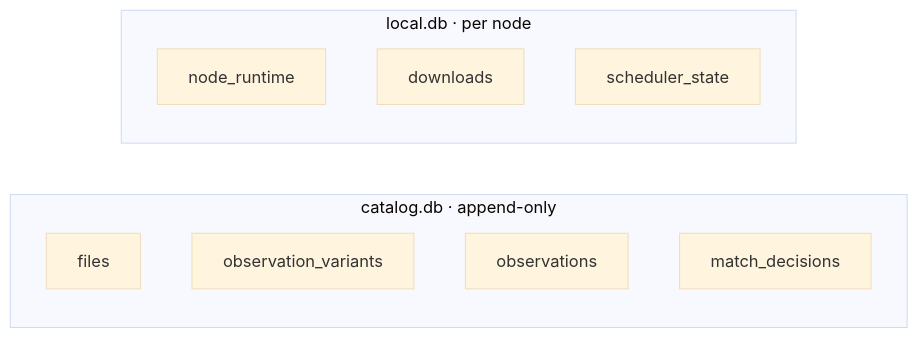
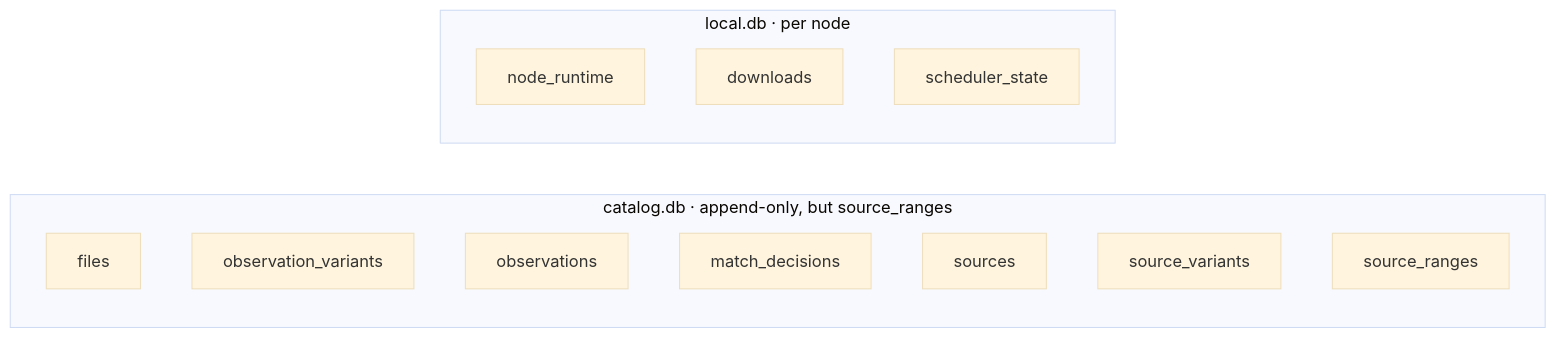
One commit to mission-titar/p2pwatch changed the ninth of 12 diagrams in docs/contributing/architecture.md. Above: the diagram before and after it, drawn with Mermaid (base theme). The commit also changed other lines of this file and 8 other files, not shown here.

````diff
--- a/docs/contributing/architecture.md
+++ b/docs/contributing/architecture.md
@@ -373,14 +374,17 @@
 ```mermaid
 flowchart LR
-  subgraph cat["catalog.db · append-only"]
+  subgraph cat["catalog.db · append-only, but source_ranges"]
     f["files"]
     ov["observation_variants"]
     o["observations"]
     md["match_decisions"]
+    s["sources"]
+    sv["source_variants"]
+    sr["source_ranges"]
   end
   subgraph loc["local.db · per node"]
     nr["node_runtime"]
     dl["downloads"]
     ss["scheduler_state"]
   end
 ```
````
